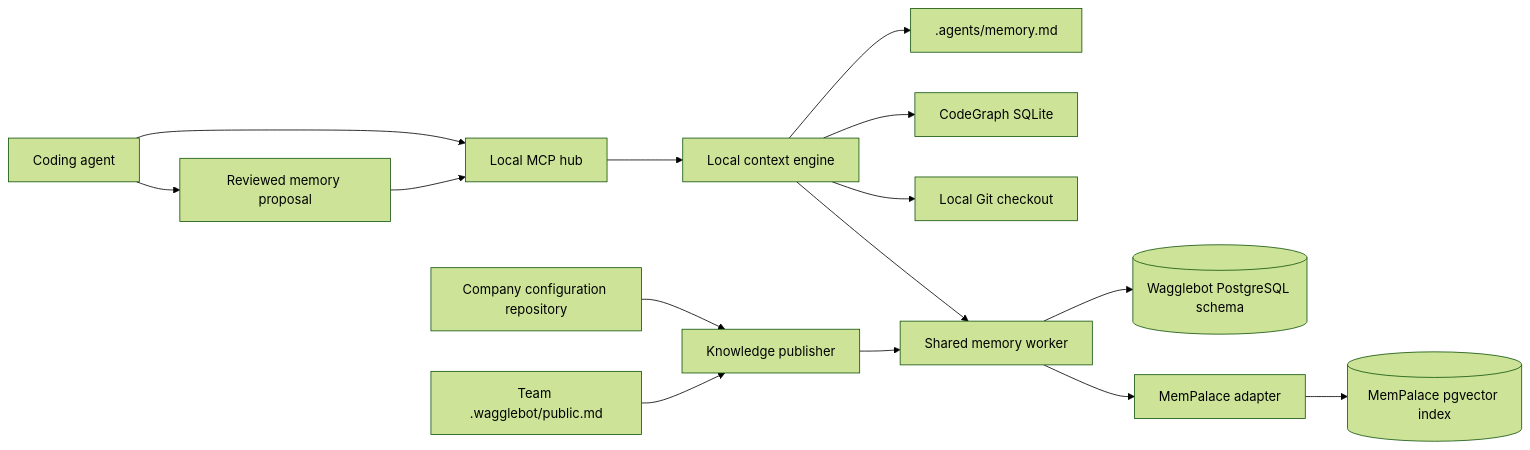
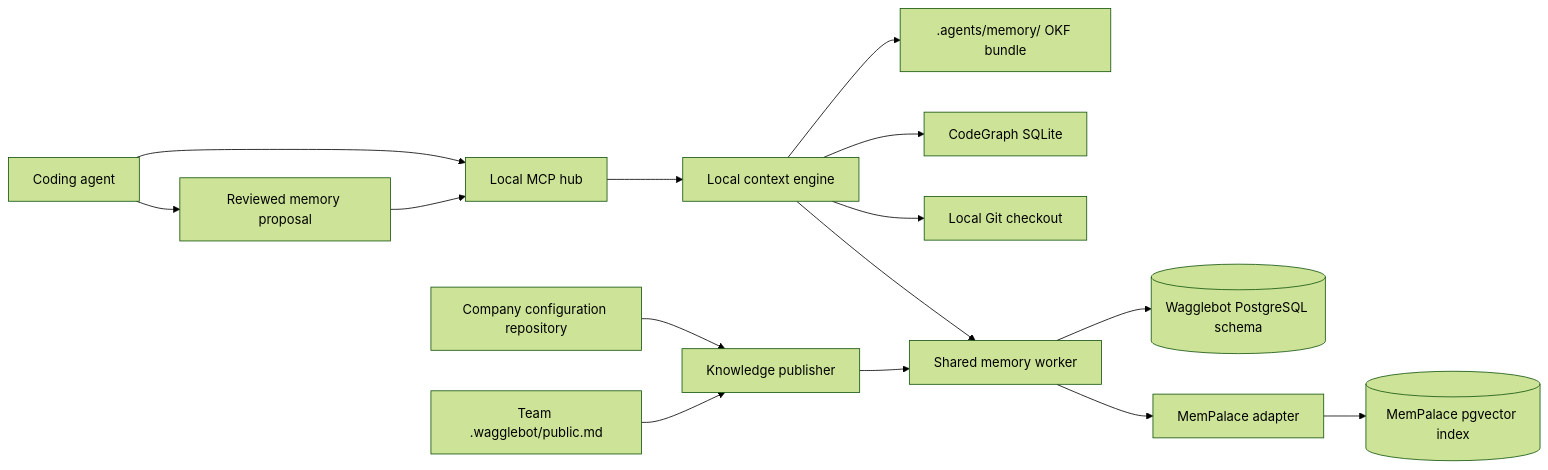
One commit to swiknaba/wagglebot changed the diagram in docs/superpowers/specs/2026-09-11-phase-2-memory-roadmap.md. Above: the diagram before and after it, drawn with Mermaid (forest theme). The commit also changed other lines of this file and 15 other files, not shown here.

Commit message:
docs(memory): align OKF design and implementation sequence

````diff
--- a/docs/superpowers/specs/2026-09-11-phase-2-memory-roadmap.md
+++ b/docs/superpowers/specs/2026-09-11-phase-2-memory-roadmap.md
@@ -127,17 +130,17 @@
 ```mermaid
 flowchart LR
     A[Coding agent] --> H[Local MCP hub]
     H --> C[Local context engine]
     A --> R[Reviewed memory proposal]
     R --> H
-    C --> L[.agents/memory.md]
+    C --> L[.agents/memory/ OKF bundle]
     C --> G[CodeGraph SQLite]
     C --> V[Local Git checkout]
     C --> W[Shared memory worker]
     W --> P[(Wagglebot PostgreSQL schema)]
     W --> M[MemPalace adapter]
     M --> X[(MemPalace pgvector index)]
     K[Company configuration repository] --> I[Knowledge publisher]
     T[Team .wagglebot/public.md] --> I
     I --> W
 ```
````
